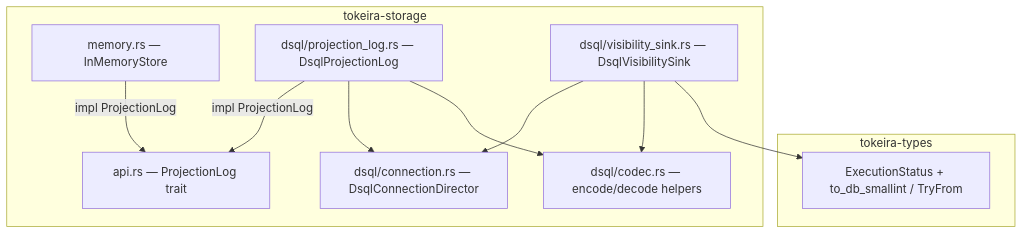
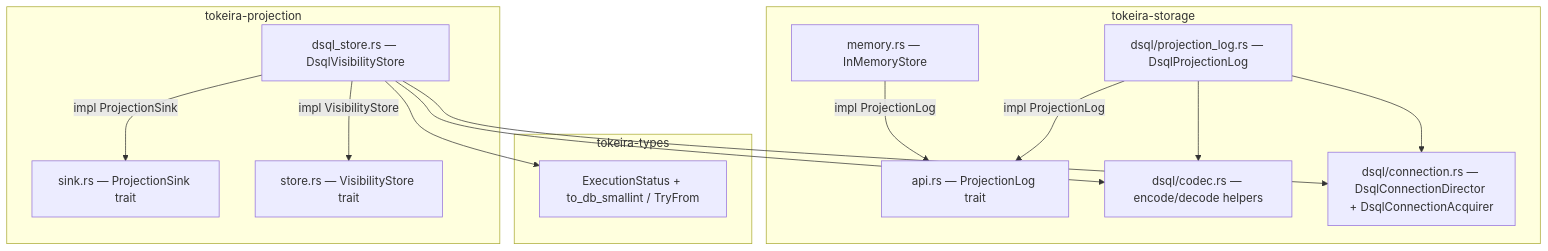
The first of 3 diagrams in .kiro/specs/dsql-projection-persistence/design.md (tokeira/tokeira), drawn with Mermaid before and after one commit. The commit also changed other lines of this file and 2 other files, not shown here.

First line of the commit message:
spec: dsql-projection-persistence requirements, design, tasks

````diff
--- a/.kiro/specs/dsql-projection-persistence/design.md
+++ b/.kiro/specs/dsql-projection-persistence/design.md
@@ -63,23 +66,30 @@
 ```mermaid
 graph TD
     subgraph "tokeira-types"
         ES[ExecutionStatus + to_db_smallint / TryFrom]
     end
 
     subgraph "tokeira-storage"
         API[api.rs — ProjectionLog trait]
         MEM[memory.rs — InMemoryStore]
         PL[dsql/projection_log.rs — DsqlProjectionLog]
-        VS[dsql/visibility_sink.rs — DsqlVisibilitySink]
         CODEC[dsql/codec.rs — encode/decode helpers]
-        CONN[dsql/connection.rs — DsqlConnectionDirector]
+        CONN[dsql/connection.rs — DsqlConnectionDirector + DsqlConnectionAcquirer]
+    end
+
+    subgraph "tokeira-projection"
+        SINK[sink.rs — ProjectionSink trait]
+        STORE[store.rs — VisibilityStore trait]
+        DSQL_VS[dsql_store.rs — DsqlVisibilityStore]
     end
 
     PL -->|impl ProjectionLog| API
     PL --> CONN
     PL --> CODEC
-    VS --> CONN
-    VS --> CODEC
-    VS --> ES
+    DSQL_VS -->|impl VisibilityStore| STORE
+    DSQL_VS -->|impl ProjectionSink| SINK
+    DSQL_VS --> CONN
+    DSQL_VS --> CODEC
+    DSQL_VS --> ES
     MEM -->|impl ProjectionLog| API
 ```
````
